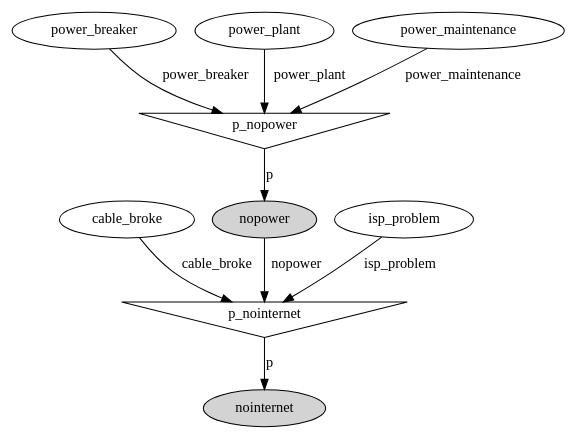
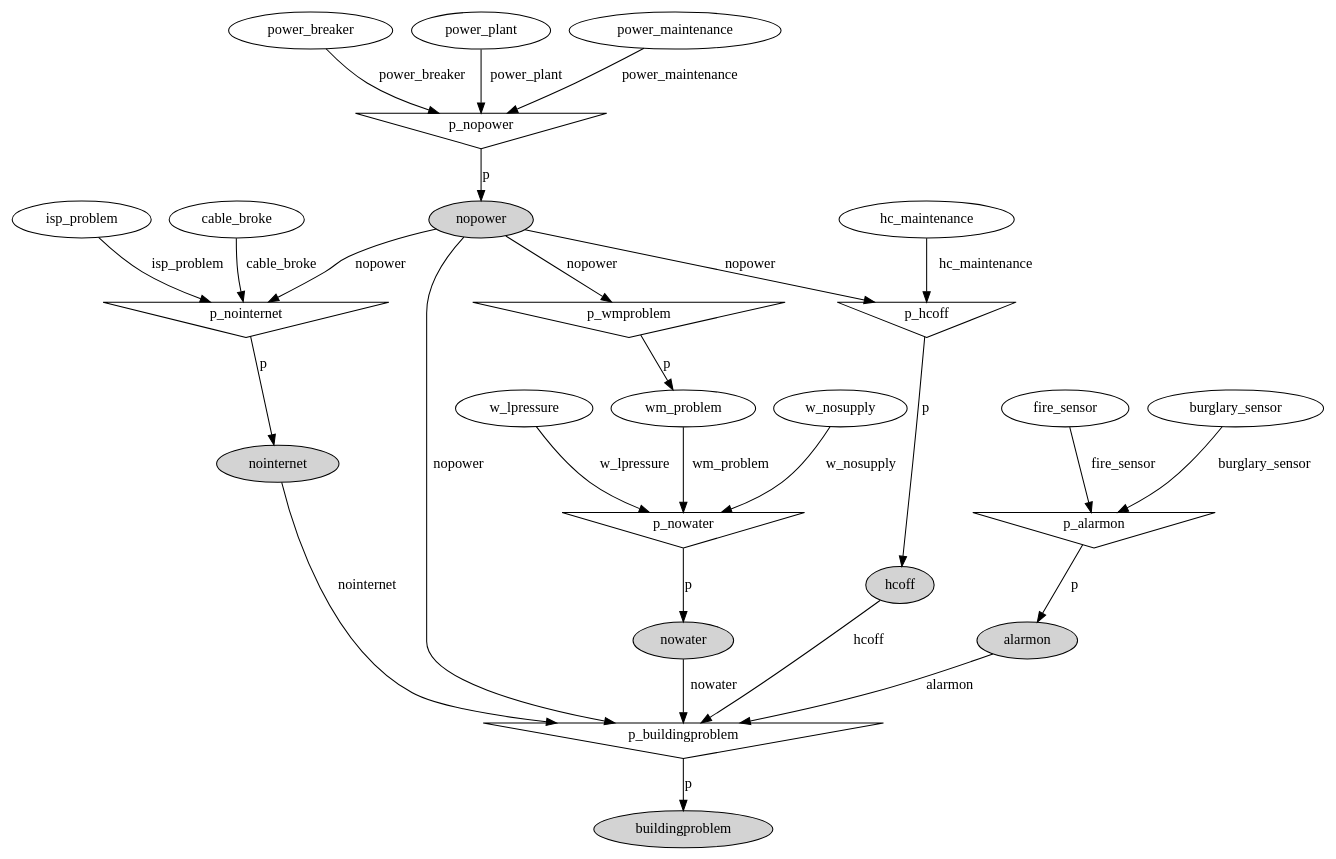
Before and after one commit to rolisanchez/ai-project-mcmc: the diagram in container.dot, drawn with Graphviz. The commit also changed 2 other files, not shown here.

```diff
--- a/container.dot
+++ b/container.dot
@@ -1,19 +1,52 @@
 digraph G {
-cable_broke;
 nointernet [style=filled];
 p_nointernet [shape=invtriangle];
 p_nointernet -> nointernet  [label=p];
 nopower [style=filled];
 nopower -> p_nointernet  [label=nopower];
 p_nopower [shape=invtriangle];
 p_nopower -> nopower  [label=p];
 power_breaker;
 power_breaker -> p_nopower  [label=power_breaker];
 power_plant;
 power_plant -> p_nopower  [label=power_plant];
 power_maintenance;
 power_maintenance -> p_nopower  [label=power_maintenance];
+cable_broke;
 cable_broke -> p_nointernet  [label=cable_broke];
 isp_problem;
 isp_problem -> p_nointernet  [label=isp_problem];
+hcoff [style=filled];
+p_hcoff [shape=invtriangle];
+p_hcoff -> hcoff  [label=p];
+hc_maintenance;
+hc_maintenance -> p_hcoff  [label=hc_maintenance];
+nopower -> p_hcoff  [label=nopower];
+nowater [style=filled];
+p_nowater [shape=invtriangle];
+p_nowater -> nowater  [label=p];
+w_lpressure;
+w_lpressure -> p_nowater  [label=w_lpressure];
+w_nosupply;
+w_nosupply -> p_nowater  [label=w_nosupply];
+wm_problem;
+wm_problem -> p_nowater  [label=wm_problem];
+p_wmproblem [shape=invtriangle];
+p_wmproblem -> wm_problem  [label=p];
+nopower -> p_wmproblem  [label=nopower];
+alarmon [style=filled];
+p_alarmon [shape=invtriangle];
+p_alarmon -> alarmon  [label=p];
+fire_sensor;
+fire_sensor -> p_alarmon  [label=fire_sensor];
+burglary_sensor;
+burglary_sensor -> p_alarmon  [label=burglary_sensor];
+buildingproblem [style=filled];
+p_buildingproblem [shape=invtriangle];
+p_buildingproblem -> buildingproblem  [label=p];
+alarmon -> p_buildingproblem  [label=alarmon];
+hcoff -> p_buildingproblem  [label=hcoff];
+nointernet -> p_buildingproblem  [label=nointernet];
+nowater -> p_buildingproblem  [label=nowater];
+nopower -> p_buildingproblem  [label=nopower];
 }
```
